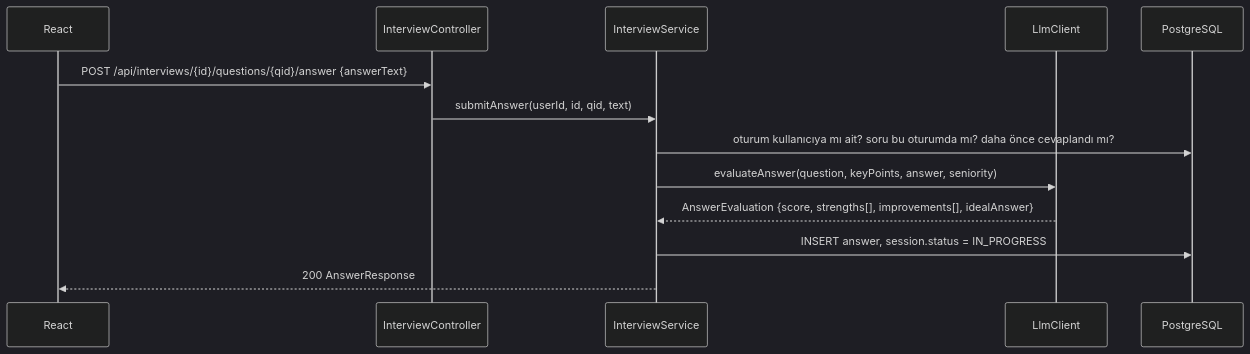
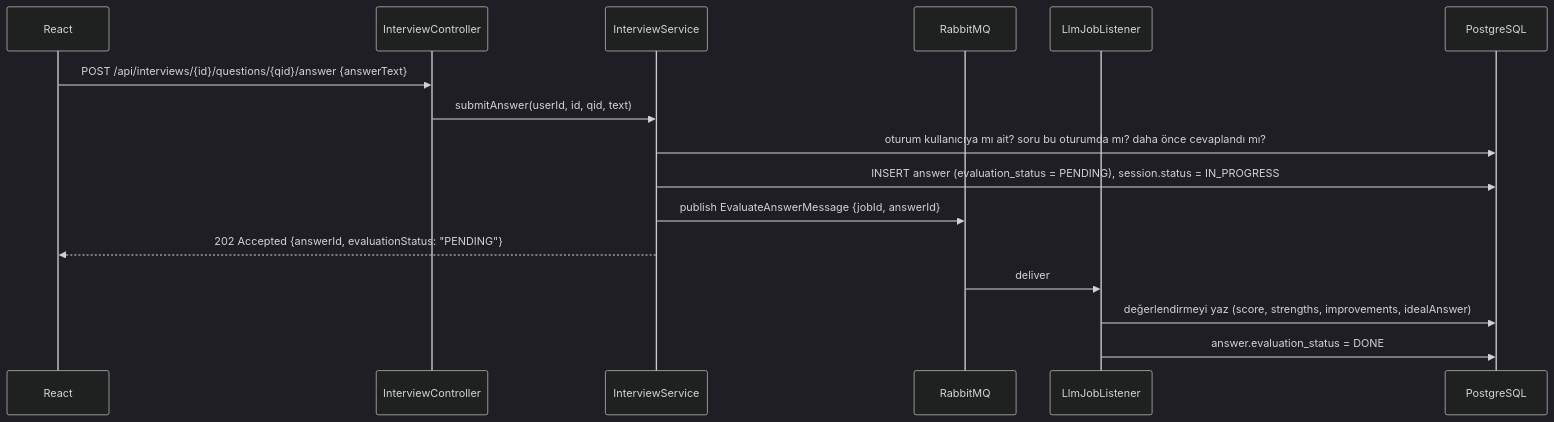
Before and after one commit to OzlemBalikci/DocuMind: the fourth of 6 diagrams in docs/02-mimari.md, drawn with Mermaid (dark theme). The commit also changed other lines of this file and 8 other files, not shown here.

````diff
--- a/docs/02-mimari.md
+++ b/docs/02-mimari.md
@@ -170,16 +222,20 @@
 ```mermaid
 sequenceDiagram
     participant FE as React
     participant API as InterviewController
     participant S as InterviewService
-    participant L as LlmClient
+    participant MQ as RabbitMQ
+    participant W as LlmJobListener
     participant DB as PostgreSQL
 
     FE->>API: POST /api/interviews/{id}/questions/{qid}/answer {answerText}
     API->>S: submitAnswer(userId, id, qid, text)
     S->>DB: oturum kullanıcıya mı ait? soru bu oturumda mı? daha önce cevaplandı mı?
-    S->>L: evaluateAnswer(question, keyPoints, answer, seniority)
-    L-->>S: AnswerEvaluation {score, strengths[], improvements[], idealAnswer}
-    S->>DB: INSERT answer, session.status = IN_PROGRESS
-    S-->>FE: 200 AnswerResponse
+    S->>DB: INSERT answer (evaluation_status = PENDING), session.status = IN_PROGRESS
+    S->>MQ: publish EvaluateAnswerMessage {jobId, answerId}
+    S-->>FE: 202 Accepted {answerId, evaluationStatus: "PENDING"}
+
+    MQ->>W: deliver
+    W->>DB: değerlendirmeyi yaz (score, strengths, improvements, idealAnswer)
+    W->>DB: answer.evaluation_status = DONE
 ```
````
